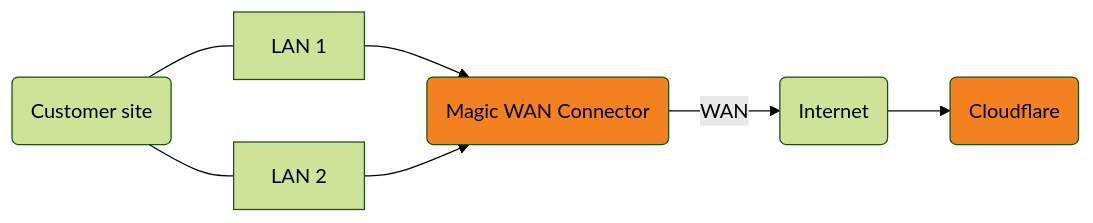
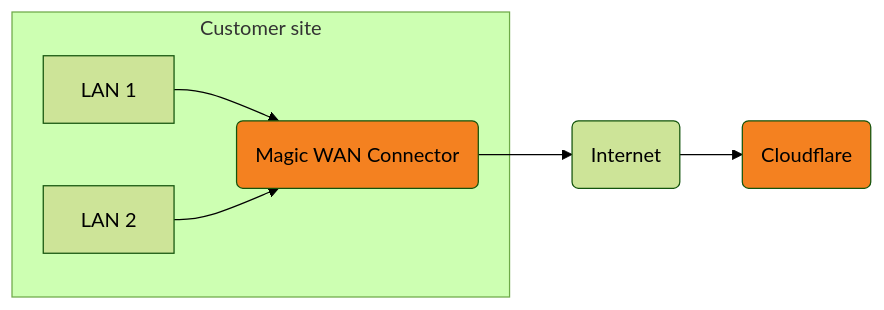
Before and after one commit to cloudflare/cloudflare-docs: the first of 2 diagrams in content/magic-wan/configuration/connector/configure-hardware-connector/_index.md, drawn with Mermaid (forest theme).

Commit message:
updated chart customer site

````diff
--- a/content/magic-wan/configuration/connector/configure-hardware-connector/_index.md
+++ b/content/magic-wan/configuration/connector/configure-hardware-connector/_index.md
@@ -53,10 +53,13 @@
 ```mermaid
 flowchart LR
 accTitle: Magic WAN Connector set up as a DHCP server, and connecting to the Internet.
-    a(Magic WAN Connector)-->|WAN|b(Internet) --> c(Cloudflare)
+    a(Magic WAN Connector)--> b(Internet) --> c(Cloudflare)
+
+    subgraph Customer site
     d[LAN 1] --> a
     e[LAN 2] --> a
-    f(Customer site) --- d & e
+    end
+
     classDef orange fill:#f48120,color: black
     class a,c orange
 ```
````
